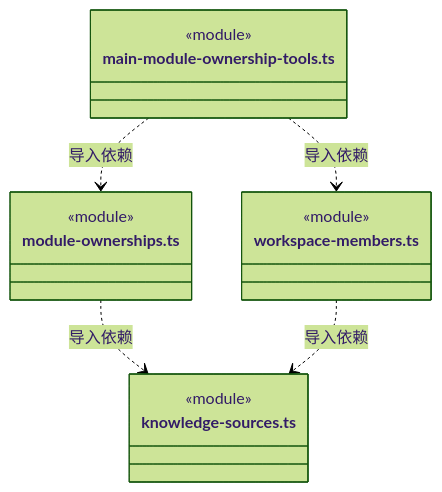
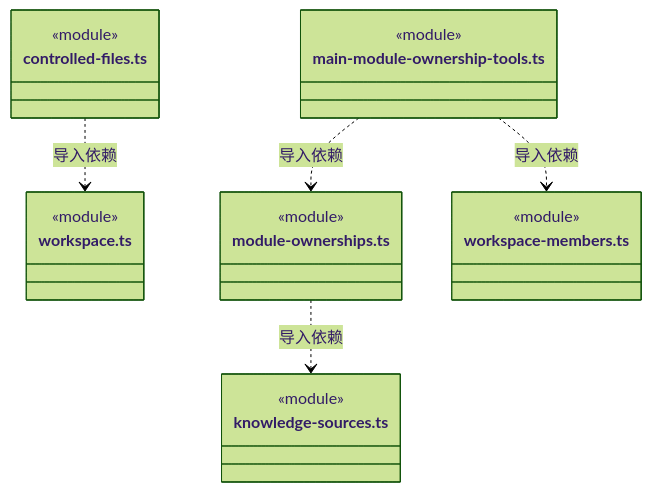
Diagram 15 of 17 in src/backend/main/workspace/ARCHITECTURE.md (nan023062/cbim), drawn with Mermaid (forest theme) before and after one commit. The commit also changed other lines of this file and 86 other files, not shown here.

````diff
--- a/src/backend/main/workspace/ARCHITECTURE.md
+++ b/src/backend/main/workspace/ARCHITECTURE.md
@@ -341,19 +398,25 @@
 ```mermaid
 classDiagram
+class N_src_backend_main_workspace_controlled_files_ts["controlled-files.ts"] {
+  <<module>>
+}
+class N_src_backend_main_workspace_workspace_ts["workspace.ts"] {
+  <<module>>
+}
 class N_src_backend_main_workspace_main_module_ownership_tools_ts["main-module-ownership-tools.ts"] {
   <<module>>
 }
 class N_src_backend_main_workspace_module_ownerships_ts["module-ownerships.ts"] {
   <<module>>
 }
 class N_src_backend_main_workspace_workspace_members_ts["workspace-members.ts"] {
   <<module>>
 }
 class N_src_backend_main_workspace_knowledge_sources_ts["knowledge-sources.ts"] {
   <<module>>
 }
+N_src_backend_main_workspace_controlled_files_ts ..> N_src_backend_main_workspace_workspace_ts : 导入依赖
 N_src_backend_main_workspace_main_module_ownership_tools_ts ..> N_src_backend_main_workspace_module_ownerships_ts : 导入依赖
 N_src_backend_main_workspace_main_module_ownership_tools_ts ..> N_src_backend_main_workspace_workspace_members_ts : 导入依赖
 N_src_backend_main_workspace_module_ownerships_ts ..> N_src_backend_main_workspace_knowledge_sources_ts : 导入依赖
-N_src_backend_main_workspace_workspace_members_ts ..> N_src_backend_main_workspace_knowledge_sources_ts : 导入依赖
 ```
````
